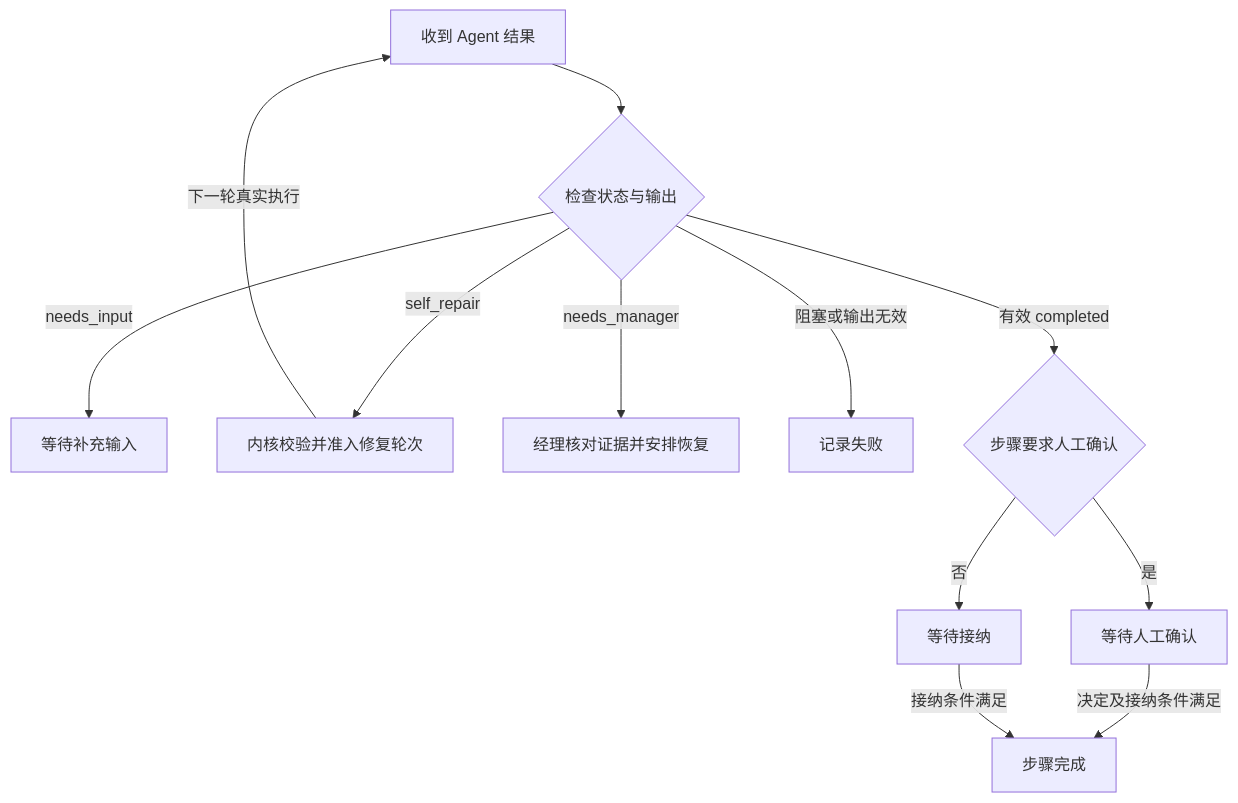
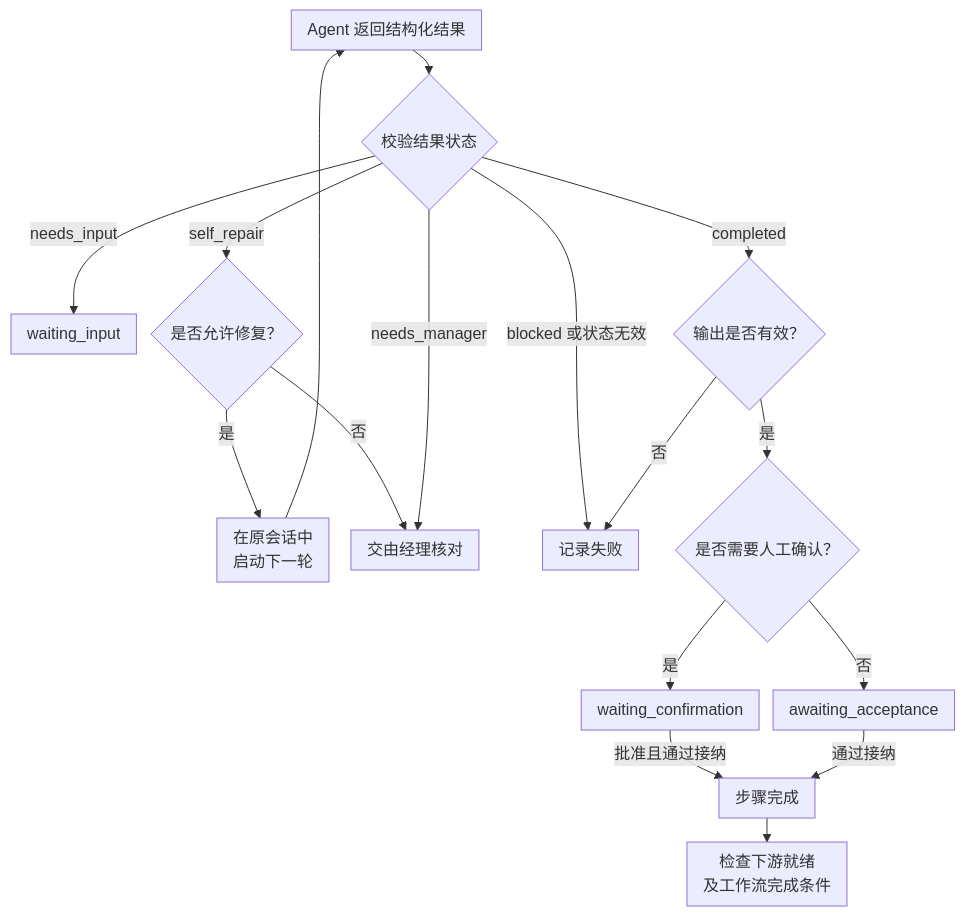
Before and after one commit to xfork24/devdesk: the fourth of 4 diagrams in README.zh-CN.md, drawn with Mermaid. The commit also changed other lines of this file and 1 other file, not shown here.

````diff
--- a/README.zh-CN.md
+++ b/README.zh-CN.md
@@ -366,14 +426,26 @@
 ```mermaid
+---
+config:
+  flowchart:
+    nodeSpacing: 14
+    rankSpacing: 24
+    padding: 8
+---
 flowchart TD
-    R[收到 Agent 结果] --> V{检查状态与输出}
-    V -->|needs_input| I[等待补充输入]
-    V -->|self_repair| S[内核校验并准入修复轮次]
-    S -->|下一轮真实执行| R
-    V -->|needs_manager| M[经理核对证据并安排恢复]
-    V -->|阻塞或输出无效| F[记录失败]
-    V -->|有效 completed| H{步骤要求人工确认}
-    H -->|是| C[等待人工确认]
-    H -->|否| A[等待接纳]
-    C -->|决定及接纳条件满足| D[步骤完成]
-    A -->|接纳条件满足| D
+    R["Agent 返回结构化结果"] --> V{"校验结果状态"}
+    V -->|needs_input| I["waiting_input"]
+    V -->|self_repair| S{"是否允许修复？"}
+    S -->|是| N["在原会话中<br/>启动下一轮"]
+    N --> R
+    S -->|否| M["交由经理核对"]
+    V -->|needs_manager| M
+    V -->|blocked 或状态无效| F["记录失败"]
+    V -->|completed| O{"输出是否有效？"}
+    O -->|否| F
+    O -->|是| H{"是否需要人工确认？"}
+    H -->|是| C["waiting_confirmation"]
+    H -->|否| A["awaiting_acceptance"]
+    C -->|批准且通过接纳| D["步骤完成"]
+    A -->|通过接纳| D
+    D --> X["检查下游就绪<br/>及工作流完成条件"]
 ```
````
